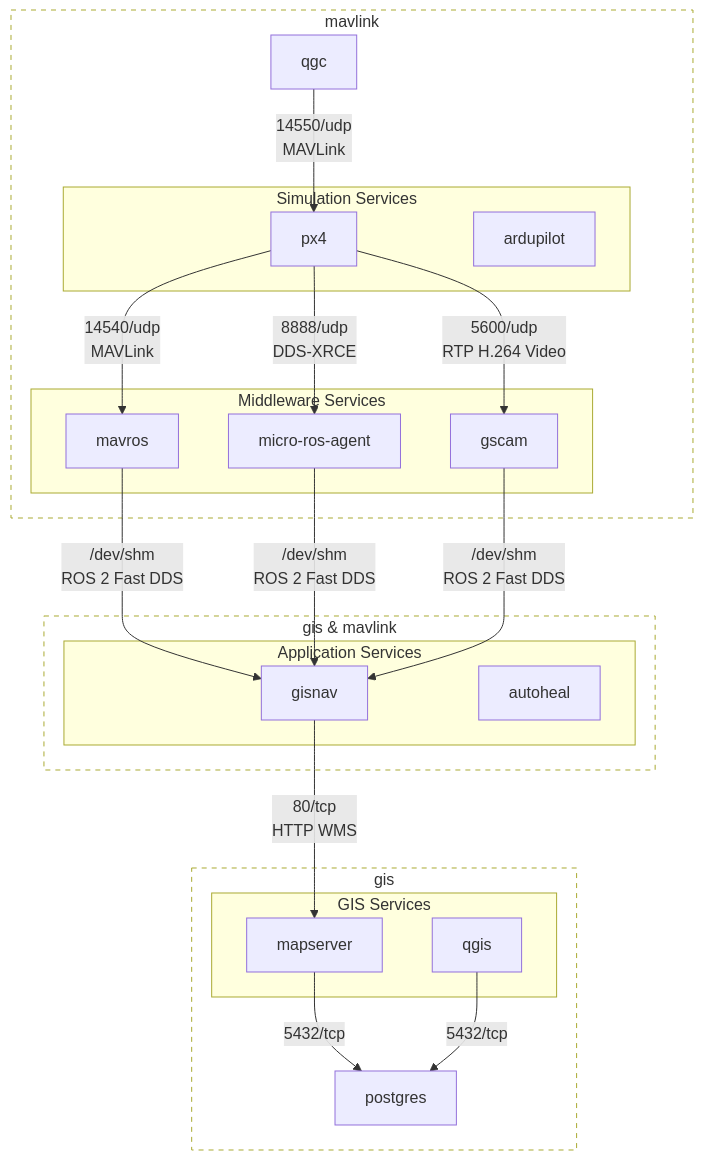
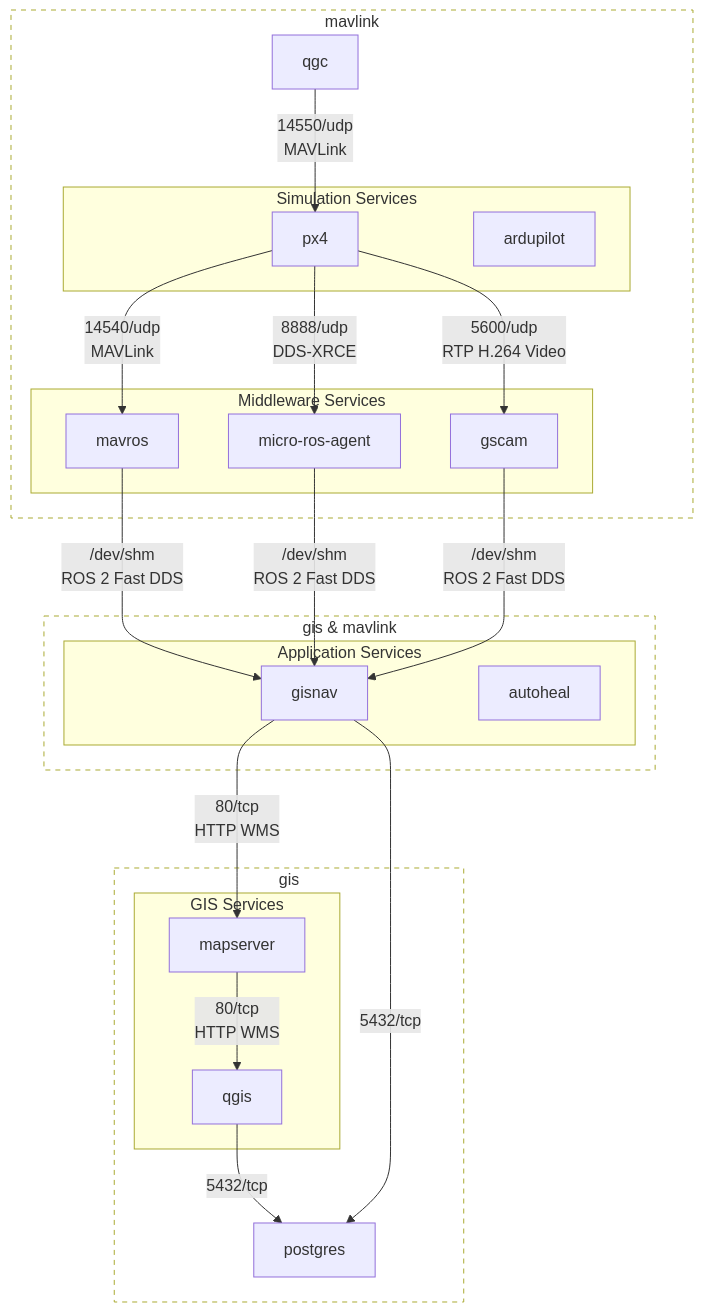
The diagram in docs/pages/developer_guide/offboard/docker_compose.rst (hmakelin/gisnav), drawn with Mermaid before and after one commit. The commit also changed other lines of this file and 6 other files, not shown here.

```diff
--- a/docs/pages/developer_guide/offboard/docker_compose.rst
+++ b/docs/pages/developer_guide/offboard/docker_compose.rst
@@ -42,45 +42,46 @@
 .. mermaid::
 
     graph TD
         subgraph mavlink ["mavlink"]
             mavlink_qgc[qgc]
             subgraph simulation ["Simulation Services"]
                 simulation_px4[px4]
                 simulation_ardupilot[ardupilot]
             end
             subgraph middleware ["Middleware Services"]
                 middleware_mavros[mavros]
                 middleware_micro_ros_agent[micro-ros-agent]
                 middleware_gscam[gscam]
             end
         end
 
         subgraph gis_mavlink ["gis & mavlink"]
             subgraph application ["Application Services"]
                 application_gisnav[gisnav]
                 application_autoheal[autoheal]
             end
         end
 
         subgraph gis ["gis"]
             subgraph gis_services ["GIS Services"]
                 gis_mapserver[mapserver]
                 gis_qgis[qgis]
             end
             gis_postgres[postgres]
         end
 
         mavlink_qgc -->|14550/udp\nMAVLink| simulation_px4
         simulation_px4 -->|14540/udp\nMAVLink| middleware_mavros
         simulation_px4 -->|8888/udp\nDDS-XRCE | middleware_micro_ros_agent
         simulation_px4 -->|5600/udp\nRTP H.264 Video| middleware_gscam
         middleware_mavros -->|/dev/shm\nROS 2 Fast DDS| application_gisnav
         middleware_micro_ros_agent -->|/dev/shm\nROS 2 Fast DDS| application_gisnav
         middleware_gscam -->|/dev/shm\nROS 2 Fast DDS| application_gisnav
 
         application_gisnav -->|80/tcp\nHTTP WMS| gis_mapserver
-        gis_mapserver -->|5432/tcp| gis_postgres
+        gis_mapserver -->|80/tcp\nHTTP WMS| gis_qgis
         gis_qgis -->|5432/tcp| gis_postgres
+        application_gisnav -->|5432/tcp| gis_postgres
 
         classDef network fill:transparent,stroke-dasharray:5 5;
         class mavlink,gis,gis_mavlink network
```
